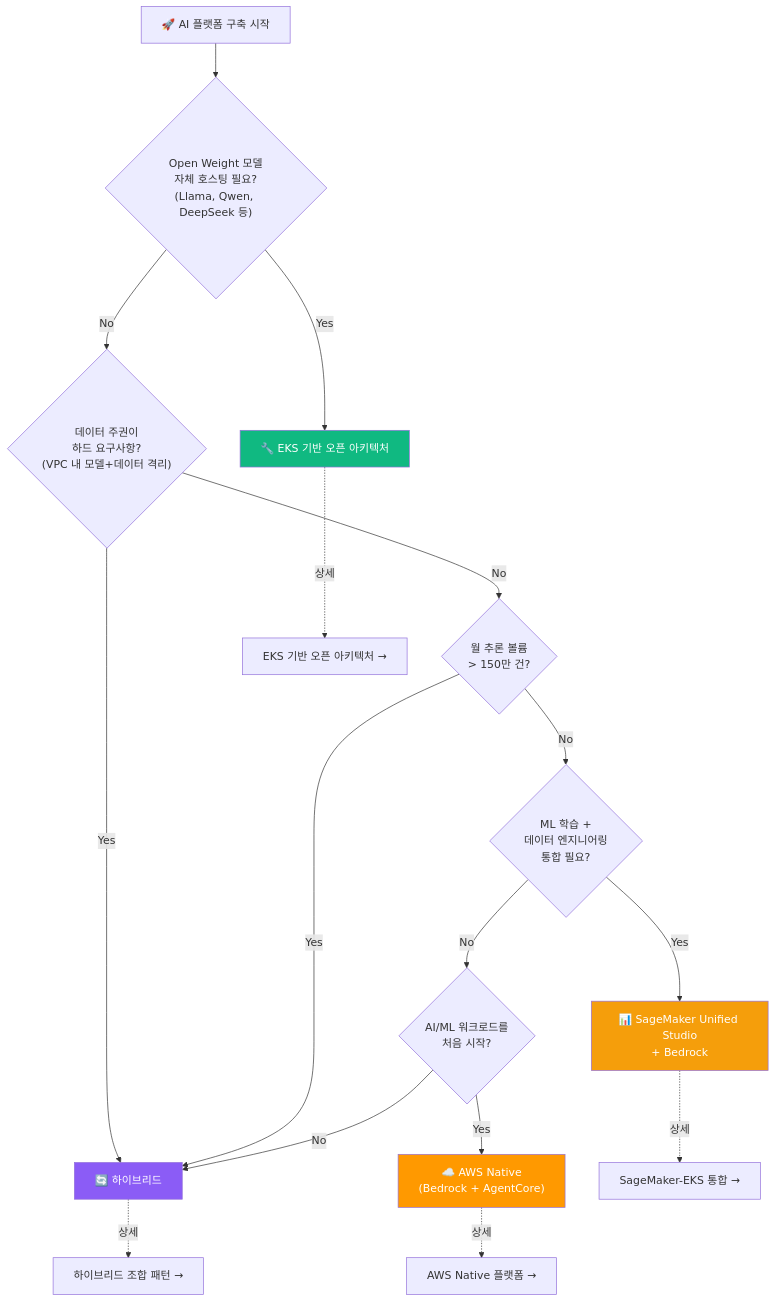
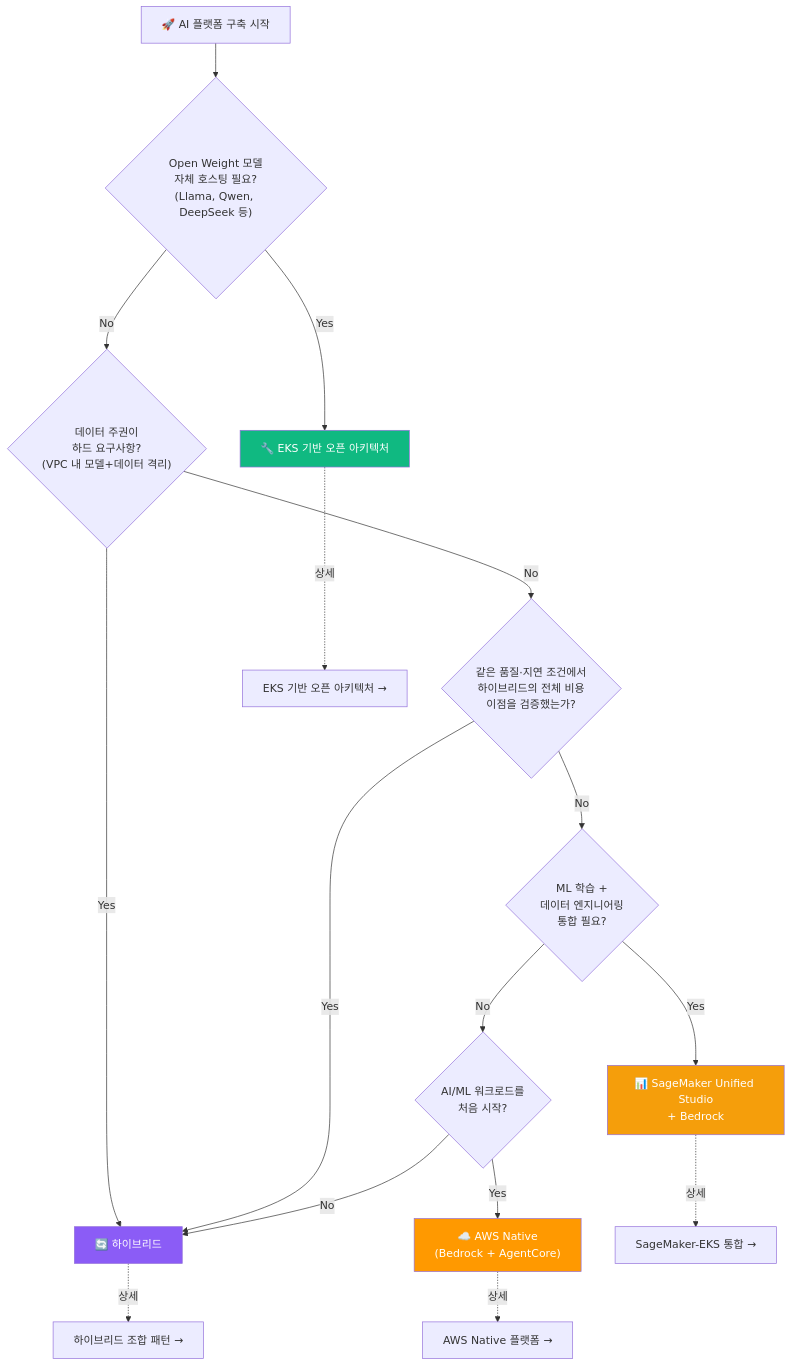
One commit to devfloor9/engineering-playbook changed the third of 7 diagrams in docs/agentic-ai-platform/design-architecture/platform-selection/ai-platform-decision-framework.md. Above: the diagram before and after it, drawn with Mermaid. The commit also changed other lines of this file and 4 other files, not shown here.

````diff
--- a/docs/agentic-ai-platform/design-architecture/platform-selection/ai-platform-decision-framework.md
+++ b/docs/agentic-ai-platform/design-architecture/platform-selection/ai-platform-decision-framework.md
@@ -146,37 +146,37 @@
 ```mermaid
 flowchart TD
     START["🚀 AI 플랫폼 구축 시작"]
     
     Q1{"Open Weight 모델<br/>자체 호스팅 필요?<br/>(Llama, Qwen, DeepSeek 등)"}
     Q2{"데이터 주권이<br/>하드 요구사항?<br/>(VPC 내 모델+데이터 격리)"}
-    Q3{"월 추론 볼륨<br/>> 150만 건?"}
+    Q3{"같은 품질·지연 조건에서<br/>하이브리드의 전체 비용<br/>이점을 검증했는가?"}
     Q4{"ML 학습 +<br/>데이터 엔지니어링<br/>통합 필요?"}
     Q5{"AI/ML 워크로드를<br/>처음 시작?"}
     
     PATH_EKS["🔧 EKS 기반 오픈 아키텍처"]
     PATH_HYBRID["🔄 하이브리드"]
     PATH_SM["📊 SageMaker Unified Studio<br/>+ Bedrock"]
     PATH_NATIVE["☁️ AWS Native<br/>(Bedrock + AgentCore)"]
     
     START --> Q1
     Q1 -->|"Yes"| PATH_EKS
     Q1 -->|"No"| Q2
     Q2 -->|"Yes"| PATH_HYBRID
     Q2 -->|"No"| Q3
     Q3 -->|"Yes"| PATH_HYBRID
     Q3 -->|"No"| Q4
     Q4 -->|"Yes"| PATH_SM
     Q4 -->|"No"| Q5
     Q5 -->|"Yes"| PATH_NATIVE
     Q5 -->|"No"| PATH_HYBRID
     
     PATH_EKS -.->|"상세"| LINK_EKS["EKS 기반 오픈 아키텍처 →"]
     PATH_HYBRID -.->|"상세"| LINK_HYB["하이브리드 조합 패턴 →"]
     PATH_SM -.->|"상세"| LINK_SM["SageMaker-EKS 통합 →"]
     PATH_NATIVE -.->|"상세"| LINK_NAT["AWS Native 플랫폼 →"]
     
     style PATH_EKS fill:#10b981,color:#fff
     style PATH_HYBRID fill:#8b5cf6,color:#fff
     style PATH_SM fill:#f59e0b,color:#fff
     style PATH_NATIVE fill:#ff9900,color:#fff
 ```
````
